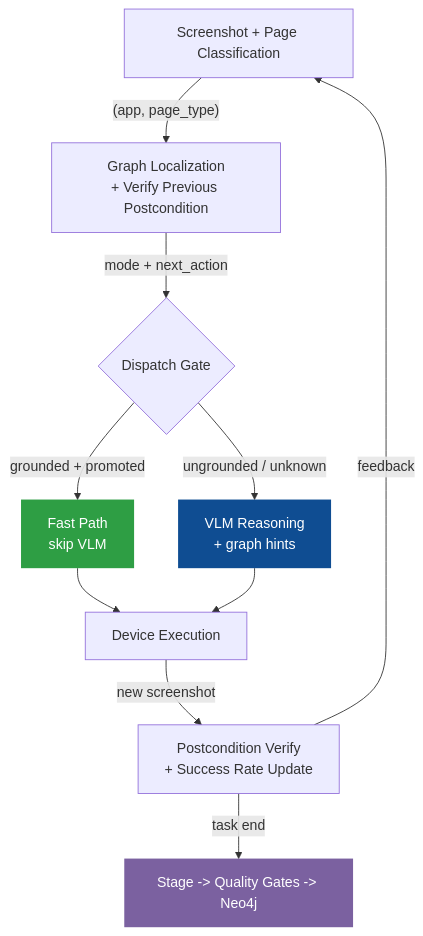
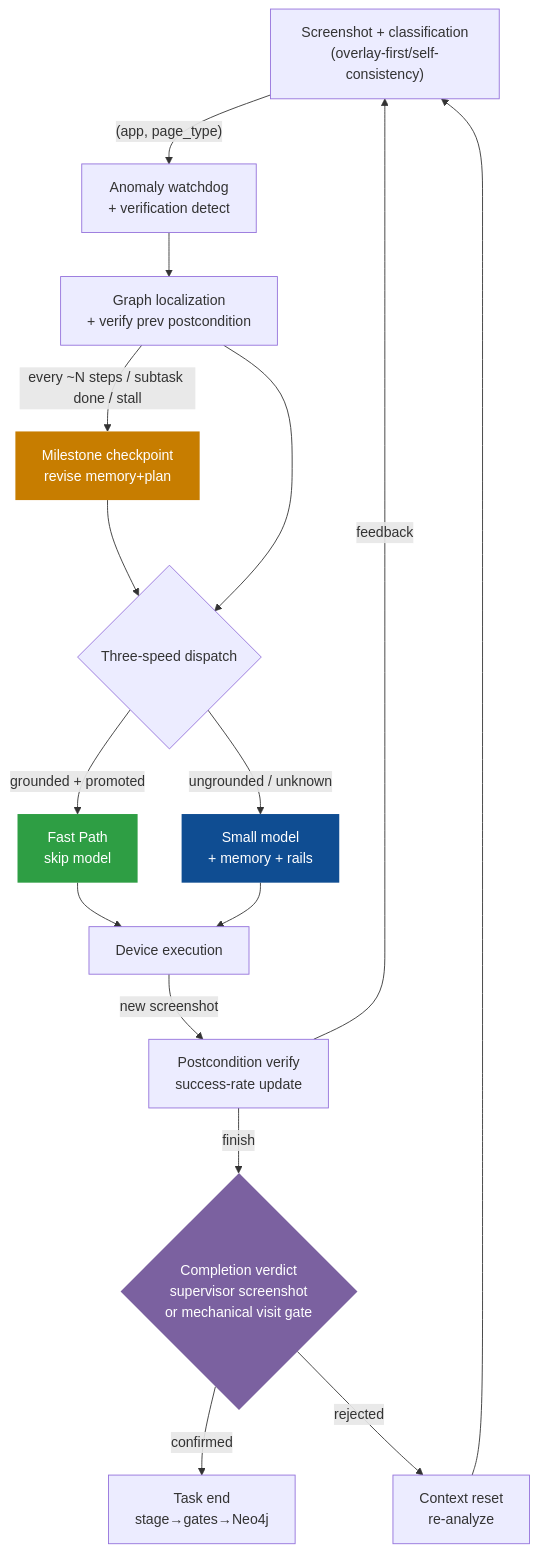
The diagram in phone_agent/docs/ARCHITECTURE.md (He2y/ShoppingClaw), drawn with Mermaid before and after one commit. The commit also changed other lines of this file and 1 other file, not shown here.

First line of the commit message:
docs: rewrite ARCHITECTURE EN/CN for the milestone-supervised hybrid design

````diff
--- a/phone_agent/docs/ARCHITECTURE.md
+++ b/phone_agent/docs/ARCHITECTURE.md
@@ -46,16 +117,23 @@
 ```mermaid
 flowchart TD
-    A["Screenshot + Page Classification"] -->|"(app, page_type)"| B["Graph Localization\n+ Verify Previous Postcondition"]
-    B -->|"mode + next_action"| C{"Dispatch Gate"}
-    C -->|"grounded + promoted"| D["Fast Path\nskip VLM"]
-    C -->|"ungrounded / unknown"| E["VLM Reasoning\n+ graph hints"]
-    D --> F["Device Execution"]
-    E --> F
-    F -->|"new screenshot"| G["Postcondition Verify\n+ Success Rate Update"]
-    G -->|"feedback"| A
-    G -->|"task end"| H["Stage -> Quality Gates -> Neo4j"]
+    A["Screenshot + classification<br/>(overlay-first/self-consistency)"] -->|"(app, page_type)"| B["Anomaly watchdog<br/>+ verification detect"]
+    B --> C["Graph localization<br/>+ verify prev postcondition"]
+    C -->|"every ~N steps / subtask done / stall"| M["Milestone checkpoint<br/>revise memory+plan"]
+    M --> D{"Three-speed dispatch"}
+    C --> D
+    D -->|"grounded + promoted"| E["Fast Path<br/>skip model"]
+    D -->|"ungrounded / unknown"| F["Small model<br/>+ memory + rails"]
+    E --> G["Device execution"]
+    F --> G
+    G -->|"new screenshot"| H["Postcondition verify<br/>success-rate update"]
+    H -->|"feedback"| A
+    H -->|"finish"| I{"Completion verdict<br/>supervisor screenshot<br/>or mechanical visit gate"}
+    I -->|"confirmed"| J["Task end<br/>stage→gates→Neo4j"]
+    I -->|"rejected"| K["Context reset<br/>re-analyze"]
+    K --> A
 
-    style D fill:#2E9E44,color:#fff,stroke:none
-    style E fill:#0F4D92,color:#fff,stroke:none
-    style H fill:#7B61A0,color:#fff,stroke:none
+    style E fill:#2E9E44,color:#fff,stroke:none
+    style F fill:#0F4D92,color:#fff,stroke:none
+    style M fill:#C77D00,color:#fff,stroke:none
+    style I fill:#7B61A0,color:#fff,stroke:none
 ```
````
